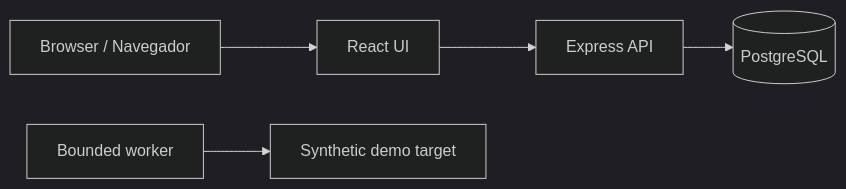
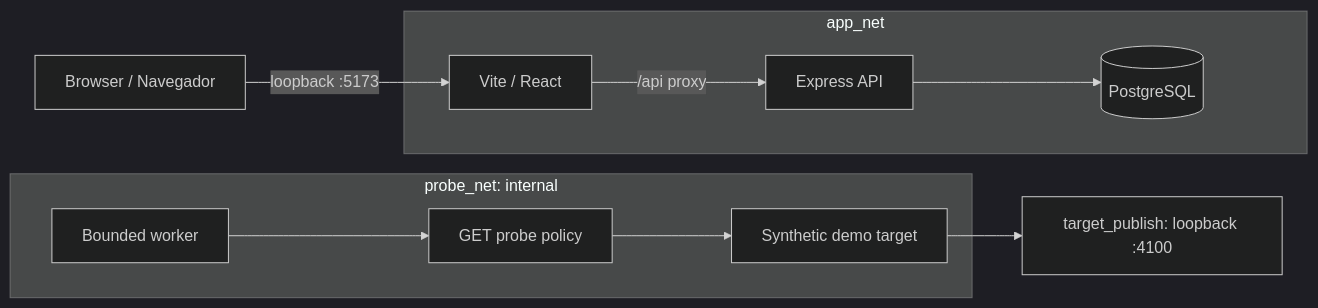
One commit to munhoz-iago/aegislab changed the diagram in docs/architecture.md. Above: the diagram before and after it, drawn with Mermaid (dark theme). The commit also changed other lines of this file and 5 other files, not shown here.

First line of the commit message:
docs: document foundation, architecture and verification evidence

````diff
--- a/docs/architecture.md
+++ b/docs/architecture.md
@@ -9,7 +9,13 @@
 ```mermaid
 flowchart LR
-  Browser[Browser / Navegador] --> Web[React UI]
-  Web --> API[Express API]
-  API --> PG[(PostgreSQL)]
-  Worker[Bounded worker] --> Demo[Synthetic demo target]
+  Browser[Browser / Navegador] -->|loopback :5173| Web[Vite / React]
+  subgraph app_net
+    Web -->|/api proxy| API[Express API]
+    API --> PG[(PostgreSQL)]
+  end
+  subgraph probe_net[probe_net: internal]
+    Worker[Bounded worker] --> Probe[GET probe policy]
+    Probe --> Demo[Synthetic demo target]
+  end
+  Demo --> Publish[target_publish: loopback :4100]
 ```
````
